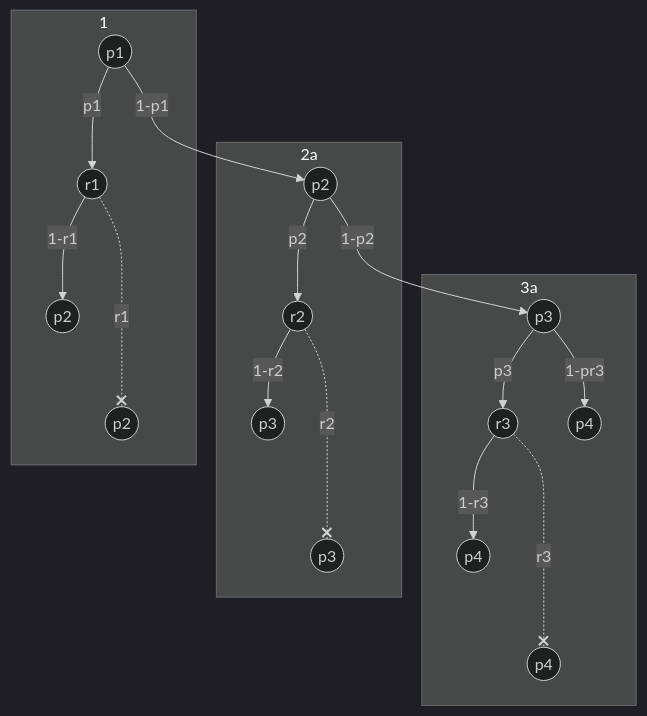
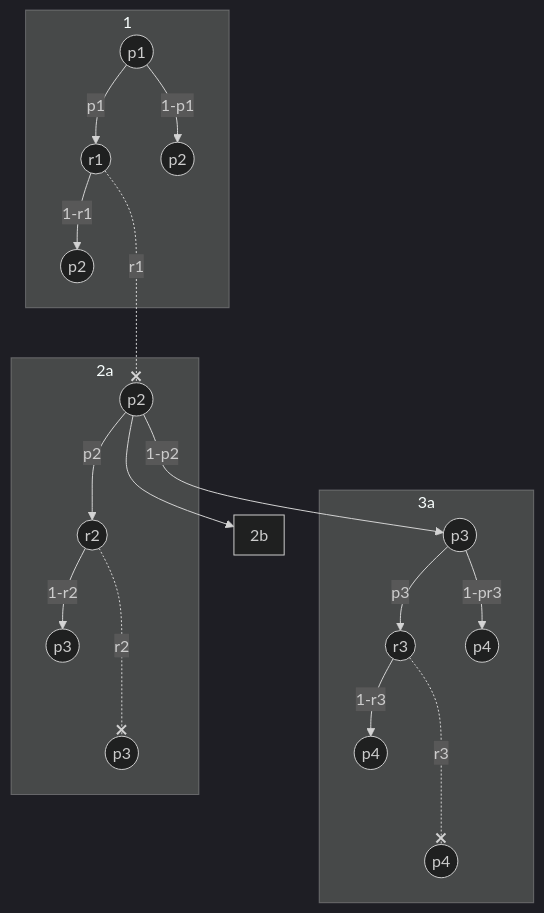
The fourth of 5 diagrams in vault/sem2/AuW/UE/cx/bf/cx07-bf.md (bfeitknecht/vault), drawn with Mermaid (dark theme) before and after one commit.

Commit message:
vault backup: 2024-05-04 02:33:03 from MacBook Pro (echo)
Affected files:
vault/sem2/AuW/UE/cx/bf/cx07-bf.md

````diff
--- a/vault/sem2/AuW/UE/cx/bf/cx07-bf.md
+++ b/vault/sem2/AuW/UE/cx/bf/cx07-bf.md
@@ -131,48 +131,63 @@
 ```mermaid
 flowchart TD
+
+id5-->2b
+
+subgraph 2b
+end
+
+
 
 
 subgraph 3a
 id7((p3))
 id10((r3))
 
 id11((p4))
 id12((p4))
 id13((p4))
 
 id7-->|"1-pr3"|id11
 id7-->|"p3"|id10
 id10-->|"1-r3"|id12
 id10-..-x|"r3"|id13
 end
 
 
+
+
 subgraph 2a
-id3((p2))
+id5((p2))
 id6((r2))
 
 id7((p3))
 id8((p3))
 id9((p3))
 
-id3-->|"1-p2"|id7
-id3-->|"p2"|id6
+id5-->|"1-p2"|id7
+id5-->|"p2"|id6
 id6-->|"1-r2"|id8
 id6-..-x|"r2"|id9
 end
 
 
 subgraph 1
 id1((p1))
 id2((r1))
 
+id3((p2))
 id4((p2))
 id5((p2))
 
 id1-->|"1-p1"|id3
 id1-->|"p1"|id2
 id2-->|"1-r1"|id4
 id2-..-x|"r1"|id5
 end
 
+
+
+
+
+
 ```
````
